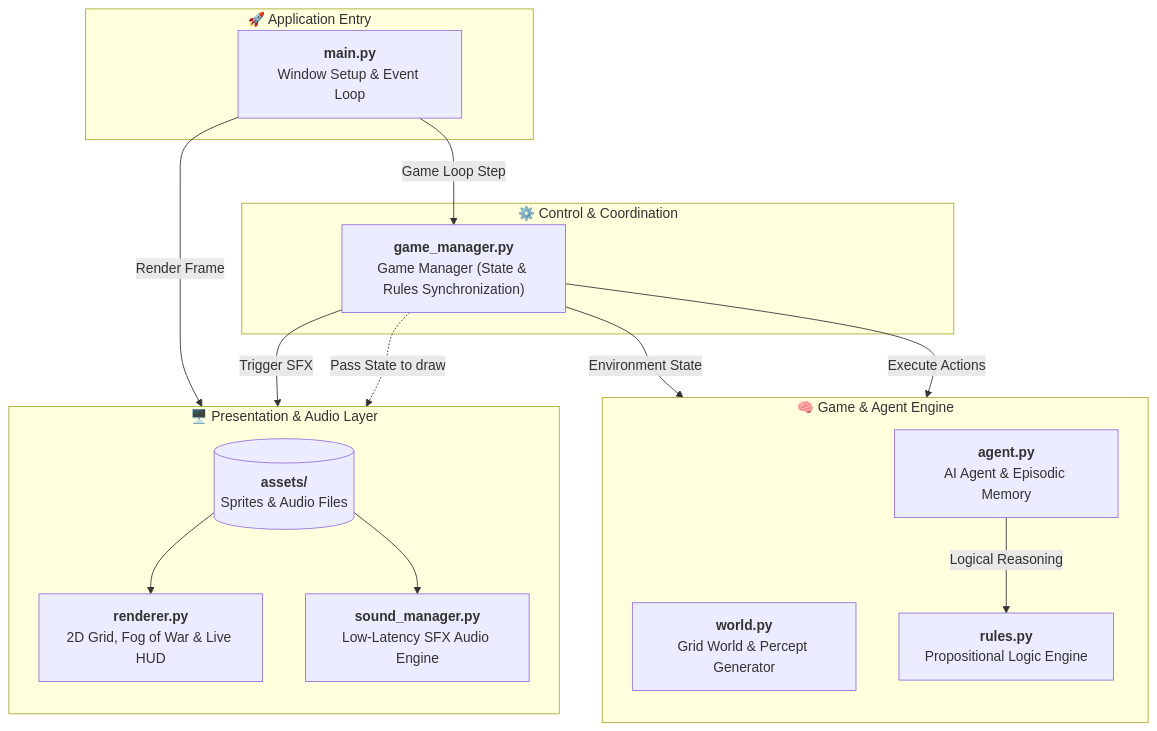
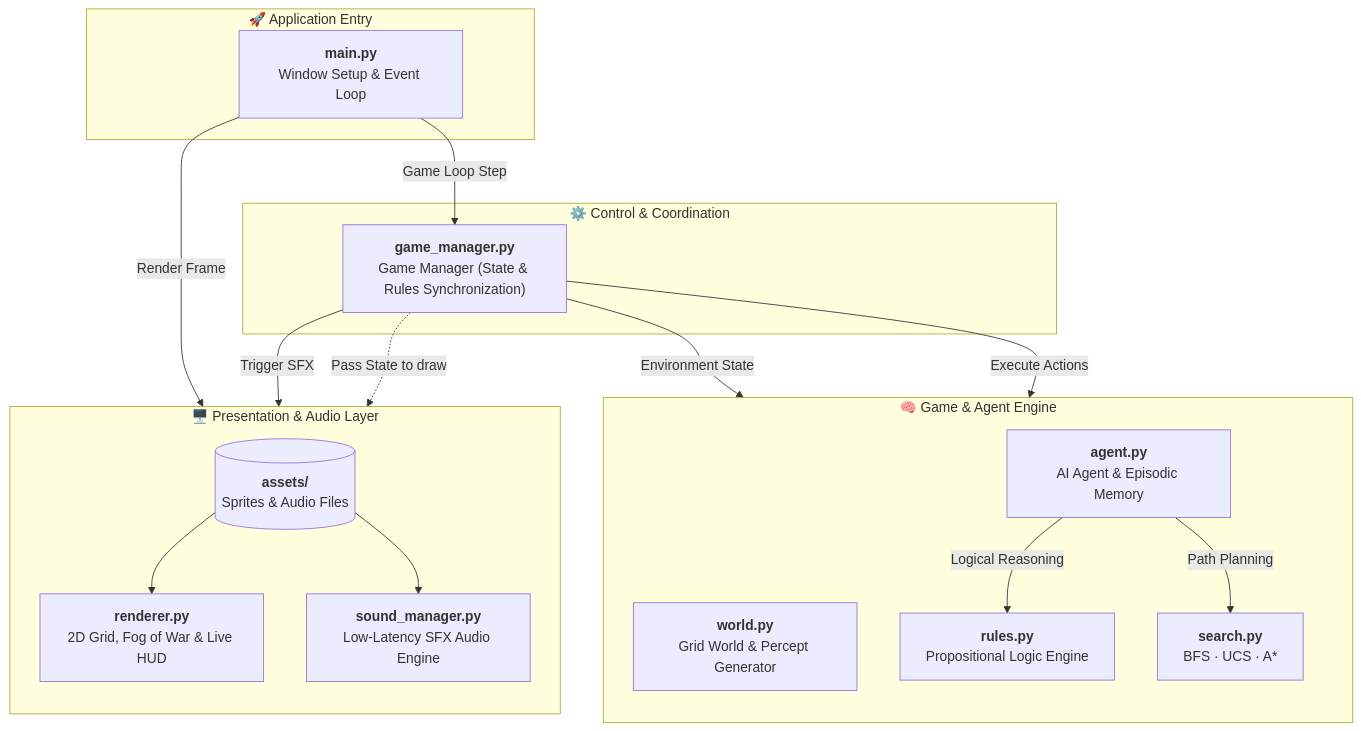
One commit to OnlyDev321/wumpus-world changed the first of 2 diagrams in README.md. Above: the diagram before and after it, drawn with Mermaid. The commit also changed other lines of this file, not shown here.

Commit message:
docs: update README to match current agent architecture

````diff
--- a/README.md
+++ b/README.md
@@ -59,49 +60,51 @@
 ```mermaid
 flowchart TD
     %% -------------------------------------------------------------
     %% TIER 1: ENTRY POINT
     %% -------------------------------------------------------------
     subgraph Entry["🚀 Application Entry"]
         Main["<b>main.py</b><br/>Window Setup & Event Loop"]
     end
 
     %% -------------------------------------------------------------
     %% TIER 2: CONTROL & COORDINATION
     %% -------------------------------------------------------------
     subgraph Control["⚙️ Control & Coordination"]
         GM["<b>game_manager.py</b><br/>Game Manager (State & Rules Synchronization)"]
     end
 
     %% -------------------------------------------------------------
     %% TIER 3: TWO BALANCED SUBSYSTEMS
     %% -------------------------------------------------------------
     subgraph Core_Game["🧠 Game & Agent Engine"]
         direction TB
         World["<b>world.py</b><br/>Grid World & Percept Generator"]
         Agent["<b>agent.py</b><br/>AI Agent & Episodic Memory"]
         Rules["<b>rules.py</b><br/>Propositional Logic Engine"]
+        Search["<b>search.py</b><br/>BFS · UCS · A*"]
 
         Agent -->|Logical Reasoning| Rules
+        Agent -->|Path Planning| Search
     end
 
     subgraph UI_Audio["🖥️ Presentation & Audio Layer"]
         direction TB
         Renderer["<b>renderer.py</b><br/>2D Grid, Fog of War & Live HUD"]
         SoundMgr["<b>sound_manager.py</b><br/>Low-Latency SFX Audio Engine"]
         Assets[("<b>assets/</b><br/>Sprites & Audio Files")]
 
         Assets --> Renderer
         Assets --> SoundMgr
     end
 
     %% -------------------------------------------------------------
     %% CLEAN HIERARCHICAL CONNECTIONS (NO CROSSING LINES)
     %% -------------------------------------------------------------
     Main -->|Game Loop Step| GM
     Main -->|Render Frame| Renderer
 
     GM -->|Environment State| World
     GM -->|Execute Actions| Agent
     GM -->|Trigger SFX| SoundMgr
     GM -.->|Pass State to draw| Renderer
 ```
````
